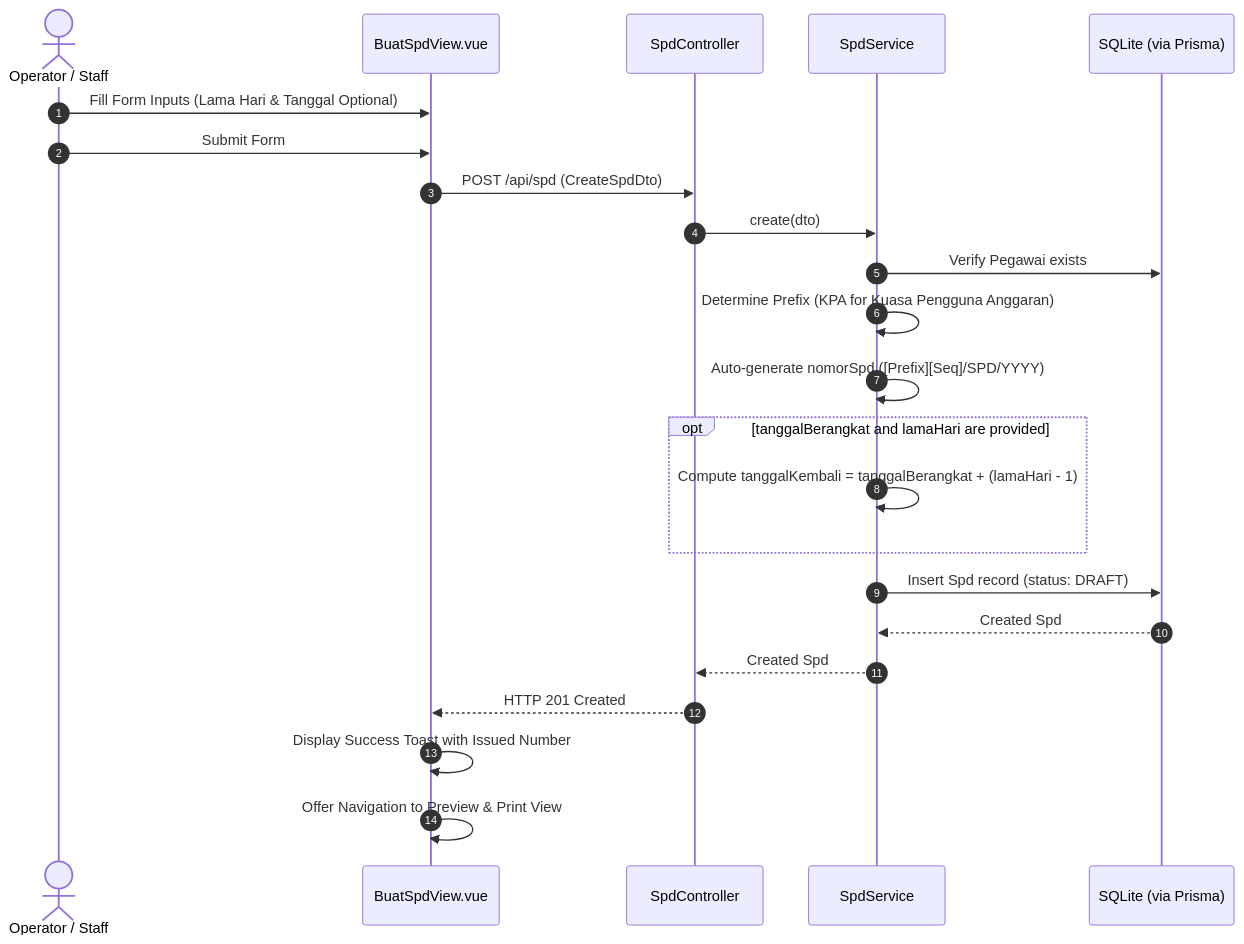
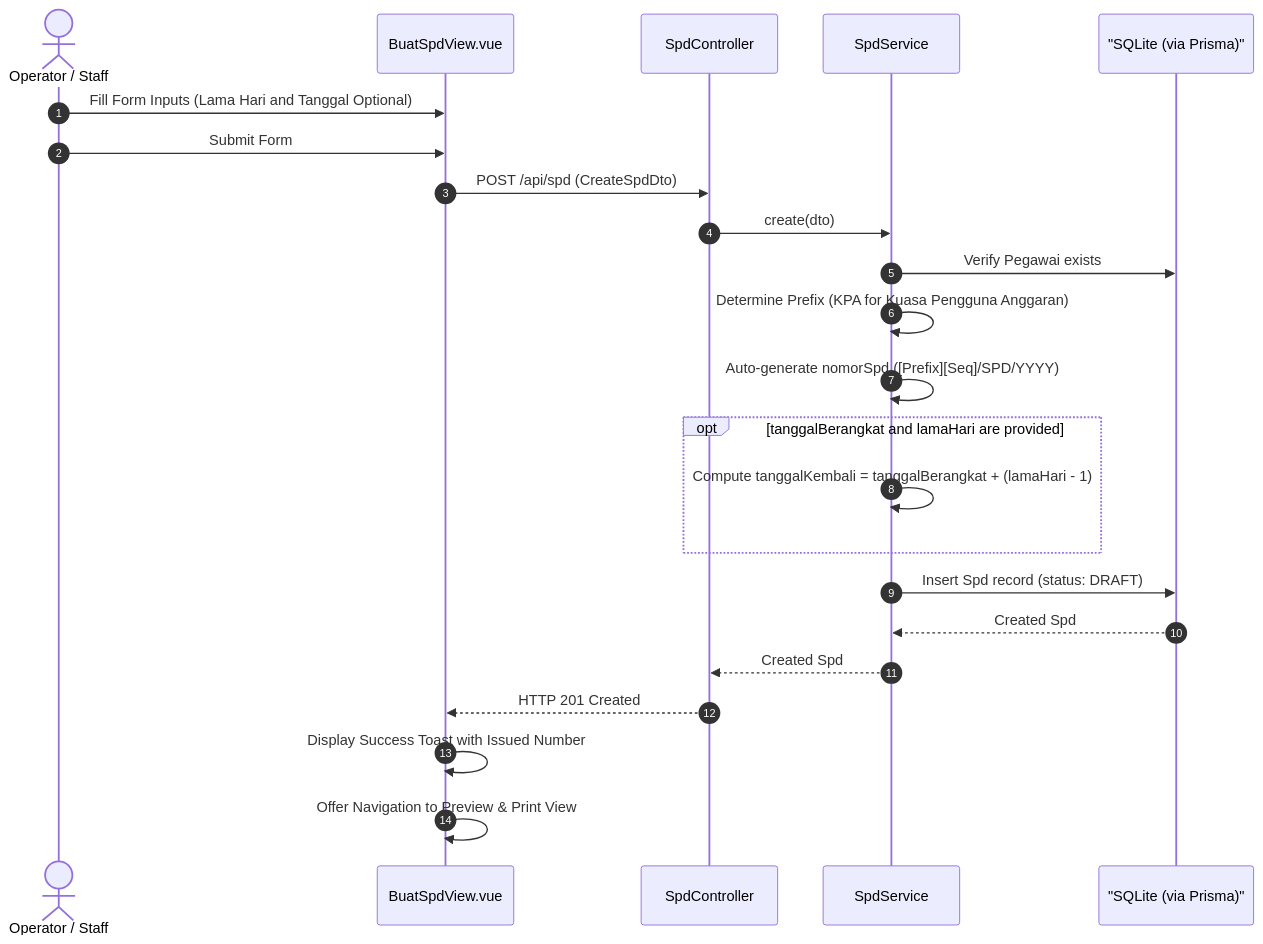
Before and after one commit to earyanto30/e-spd-kab-banggai-laut: the fourth of 6 diagrams in docs/application-flow.md, drawn with Mermaid. The commit also changed other lines of this file and 3 other files, not shown here.

Commit message:
docs: quote special characters in mermaid diagrams for github rendering

````diff
--- a/docs/application-flow.md
+++ b/docs/application-flow.md
@@ -102,26 +102,26 @@
 ```mermaid
 sequenceDiagram
     autonumber
     actor Staff as Operator / Staff
     participant Form as BuatSpdView.vue
     participant API as SpdController
     participant Svc as SpdService
-    participant DB as SQLite (via Prisma)
+    participant DB as "SQLite (via Prisma)"
 
-    Staff->>Form: Fill Form Inputs (Lama Hari & Tanggal Optional)
+    Staff->>Form: Fill Form Inputs (Lama Hari and Tanggal Optional)
     Staff->>Form: Submit Form
     Form->>API: POST /api/spd (CreateSpdDto)
     API->>Svc: create(dto)
     Svc->>DB: Verify Pegawai exists
     Svc->>Svc: Determine Prefix (KPA for Kuasa Pengguna Anggaran)
     Svc->>Svc: Auto-generate nomorSpd ([Prefix][Seq]/SPD/YYYY)
     opt tanggalBerangkat and lamaHari are provided
         Svc->>Svc: Compute tanggalKembali = tanggalBerangkat + (lamaHari - 1)
     end
     Svc->>DB: Insert Spd record (status: DRAFT)
     DB-->>Svc: Created Spd
     Svc-->>API: Created Spd
     API-->>Form: HTTP 201 Created
     Form->>Form: Display Success Toast with Issued Number
     Form->>Form: Offer Navigation to Preview & Print View
 ```
````
